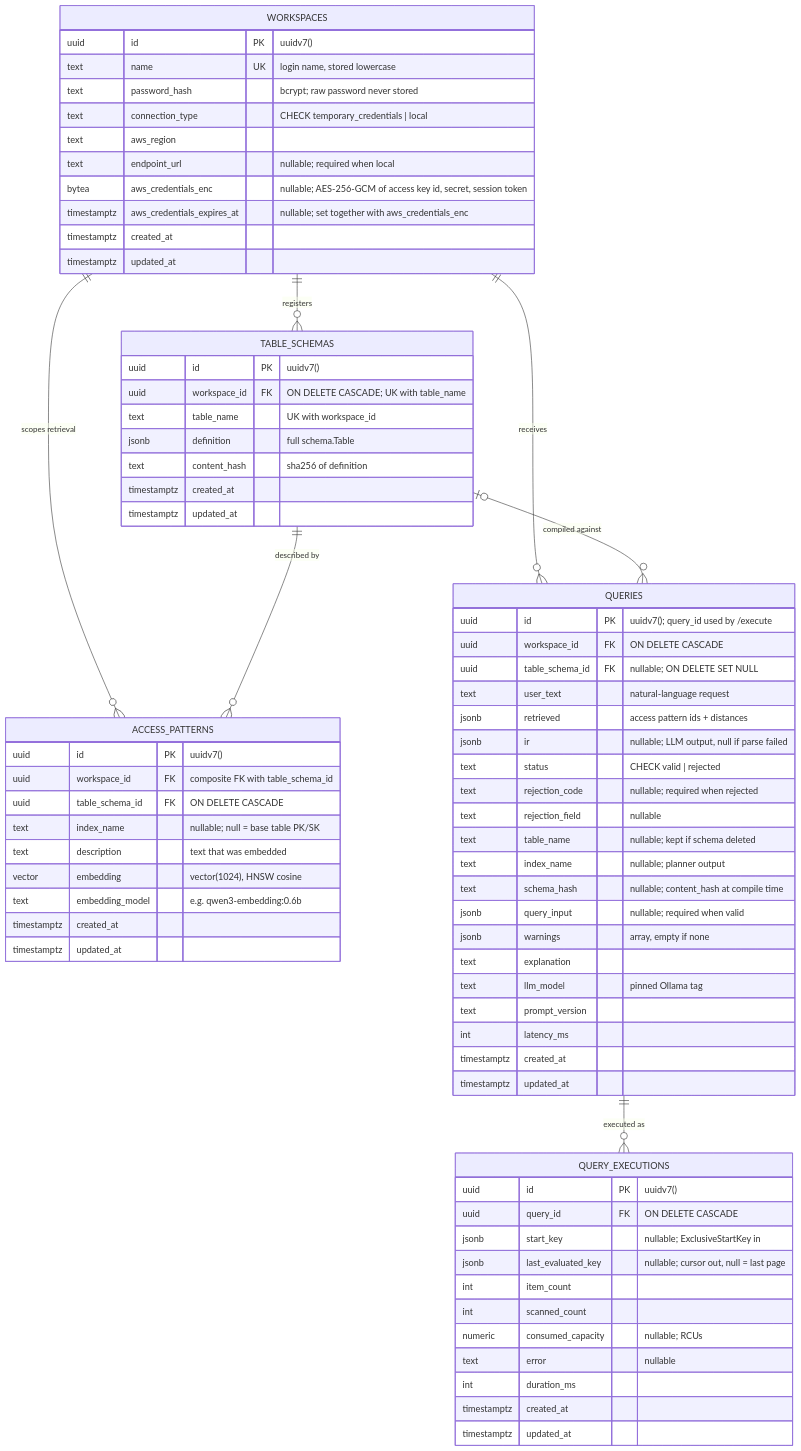
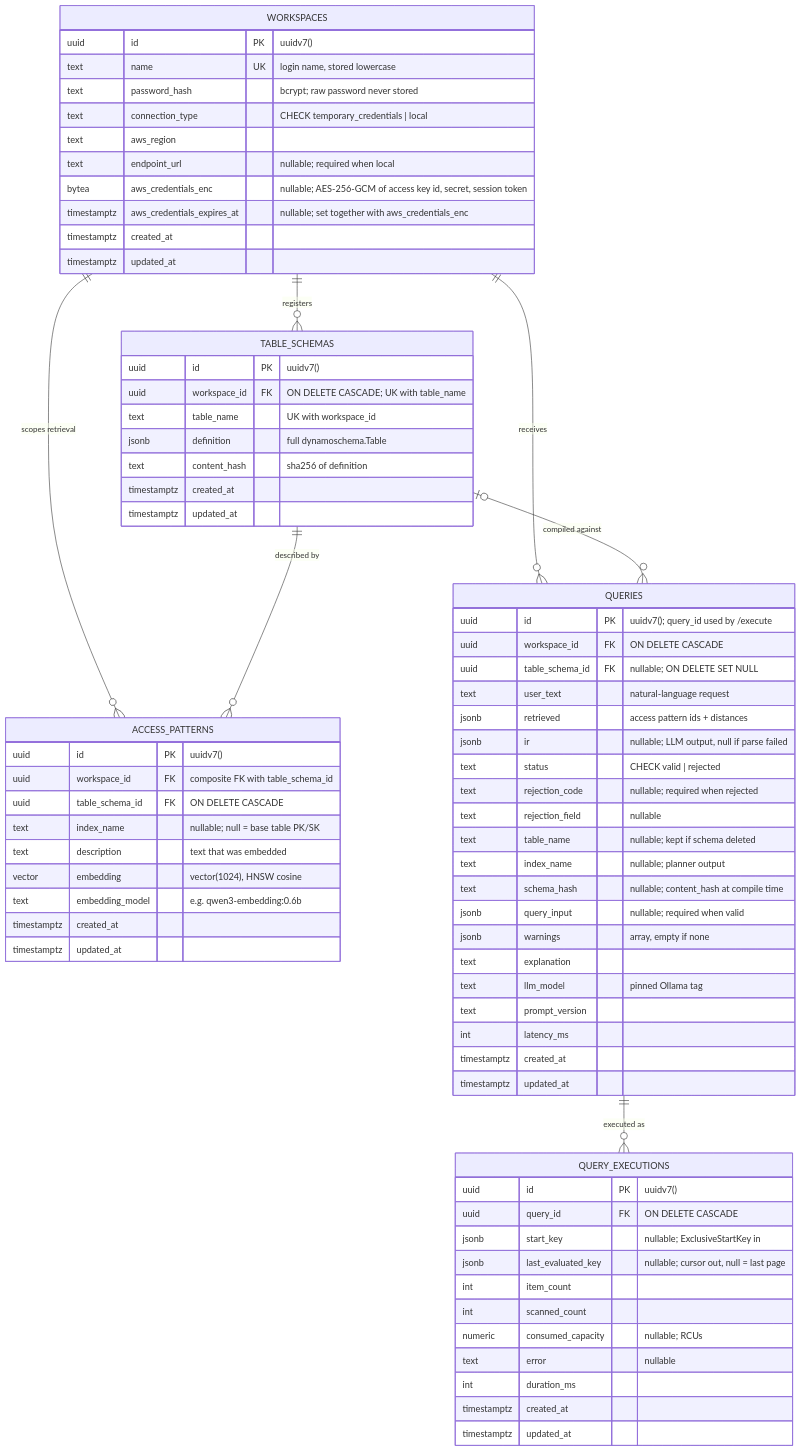
Before and after one commit to akshaymundra/ai-text-to-nosql: the diagram in server/docs/erd.md, drawn with Mermaid. The commit also changed 5 other files, not shown here.

First line of the commit message:
refactor: rename schema package to dynamoschema

````diff
--- a/server/docs/erd.md
+++ b/server/docs/erd.md
@@ -5,81 +5,81 @@
 ```mermaid
 erDiagram
     WORKSPACES ||--o{ TABLE_SCHEMAS : "registers"
     WORKSPACES ||--o{ ACCESS_PATTERNS : "scopes retrieval"
     TABLE_SCHEMAS ||--o{ ACCESS_PATTERNS : "described by"
     WORKSPACES ||--o{ QUERIES : "receives"
     TABLE_SCHEMAS |o--o{ QUERIES : "compiled against"
     QUERIES ||--o{ QUERY_EXECUTIONS : "executed as"
 
     WORKSPACES {
         uuid id PK "uuidv7()"
         text name UK "login name, stored lowercase"
         text password_hash "bcrypt; raw password never stored"
         text connection_type "CHECK temporary_credentials | local"
         text aws_region
         text endpoint_url "nullable; required when local"
         bytea aws_credentials_enc "nullable; AES-256-GCM of access key id, secret, session token"
         timestamptz aws_credentials_expires_at "nullable; set together with aws_credentials_enc"
         timestamptz created_at
         timestamptz updated_at
     }
 
     TABLE_SCHEMAS {
         uuid id PK "uuidv7()"
         uuid workspace_id FK "ON DELETE CASCADE; UK with table_name"
         text table_name "UK with workspace_id"
-        jsonb definition "full schema.Table"
+        jsonb definition "full dynamoschema.Table"
         text content_hash "sha256 of definition"
         timestamptz created_at
         timestamptz updated_at
     }
 
     ACCESS_PATTERNS {
         uuid id PK "uuidv7()"
         uuid workspace_id FK "composite FK with table_schema_id"
         uuid table_schema_id FK "ON DELETE CASCADE"
         text index_name "nullable; null = base table PK/SK"
         text description "text that was embedded"
         vector embedding "vector(1024), HNSW cosine"
         text embedding_model "e.g. qwen3-embedding:0.6b"
         timestamptz created_at
         timestamptz updated_at
     }
 
     QUERIES {
         uuid id PK "uuidv7(); query_id used by /execute"
         uuid workspace_id FK "ON DELETE CASCADE"
         uuid table_schema_id FK "nullable; ON DELETE SET NULL"
         text user_text "natural-language request"
         jsonb retrieved "access pattern ids + distances"
         jsonb ir "nullable; LLM output, null if parse failed"
         text status "CHECK valid | rejected"
         text rejection_code "nullable; required when rejected"
         text rejection_field "nullable"
         text table_name "nullable; kept if schema deleted"
         text index_name "nullable; planner output"
         text schema_hash "nullable; content_hash at compile time"
         jsonb query_input "nullable; required when valid"
         jsonb warnings "array, empty if none"
         text explanation
         text llm_model "pinned Ollama tag"
         text prompt_version
         int latency_ms
         timestamptz created_at
         timestamptz updated_at
     }
 
     QUERY_EXECUTIONS {
         uuid id PK "uuidv7()"
         uuid query_id FK "ON DELETE CASCADE"
         jsonb start_key "nullable; ExclusiveStartKey in"
         jsonb last_evaluated_key "nullable; cursor out, null = last page"
         int item_count
         int scanned_count
         numeric consumed_capacity "nullable; RCUs"
         text error "nullable"
         int duration_ms
         timestamptz created_at
         timestamptz updated_at
     }
 ```
````
